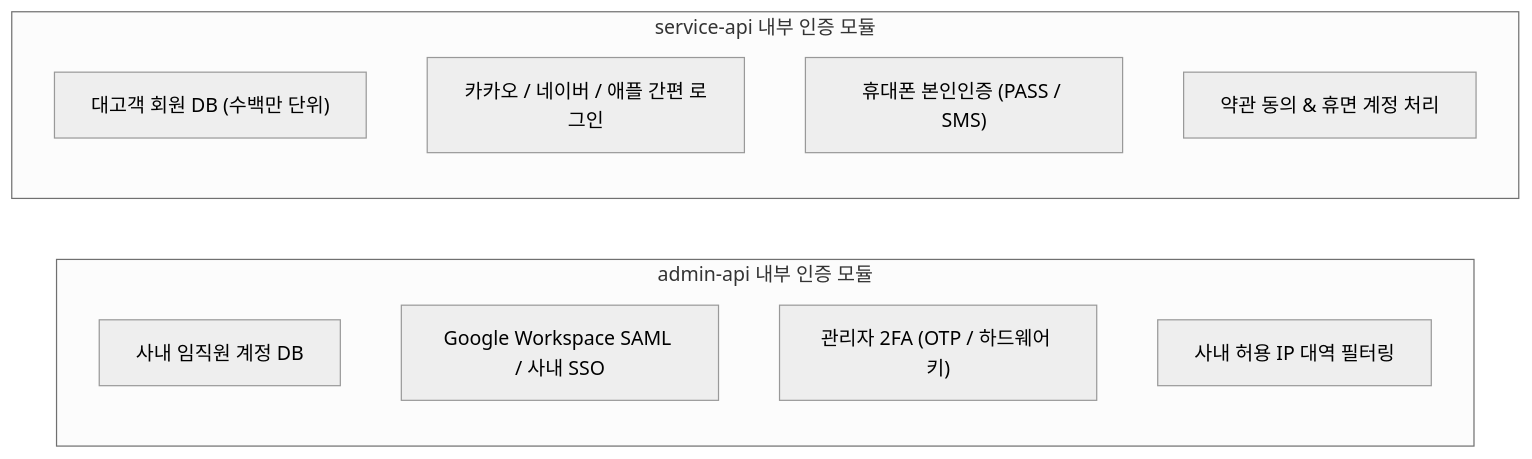
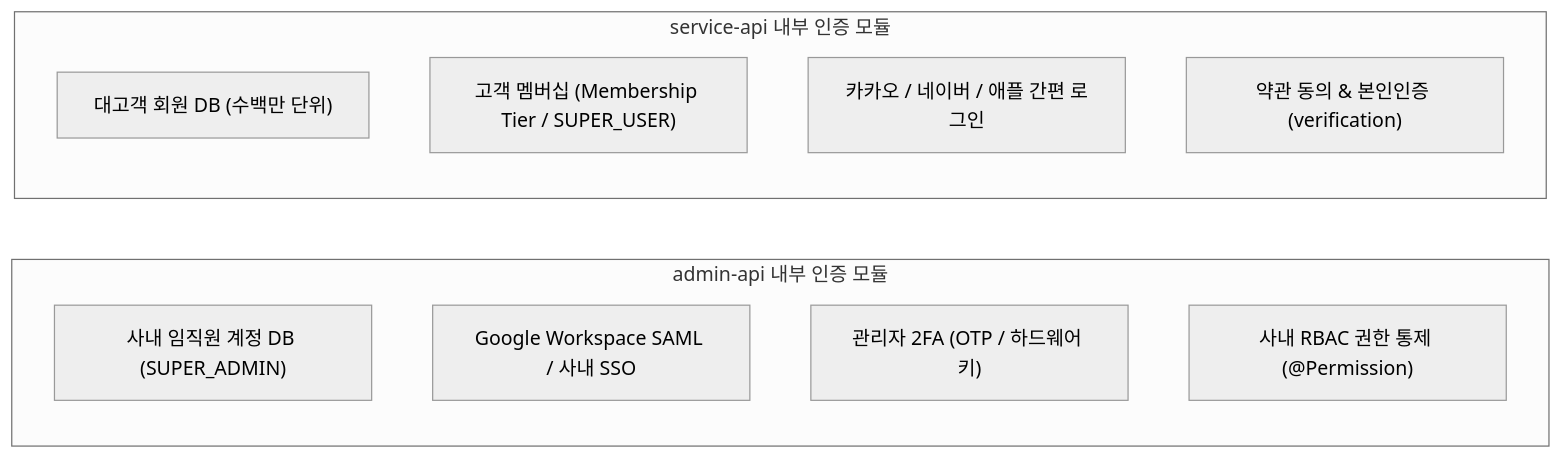
Before and after one commit to JYK0128/web-framework-app: the second of 3 diagrams in docs/independent-auth-m2m-architecture.md, drawn with Mermaid (neutral theme). The commit also changed other lines of this file and 131 other files, not shown here.

````diff
--- a/docs/independent-auth-m2m-architecture.md
+++ b/docs/independent-auth-m2m-architecture.md
@@ -63,16 +61,16 @@
 ```mermaid
 flowchart LR
     subgraph AdminAuth["admin-api 내부 인증 모듈"]
-        A1["사내 임직원 계정 DB"]
+        A1["사내 임직원 계정 DB (SUPER_ADMIN)"]
         A2["Google Workspace SAML / 사내 SSO"]
         A3["관리자 2FA (OTP / 하드웨어 키)"]
-        A4["사내 허용 IP 대역 필터링"]
+        A4["사내 RBAC 권한 통제 (@Permission)"]
     end
 
     subgraph ServiceAuth["service-api 내부 인증 모듈"]
         S1["대고객 회원 DB (수백만 단위)"]
-        S2["카카오 / 네이버 / 애플 간편 로그인"]
-        S3["휴대폰 본인인증 (PASS / SMS)"]
-        S4["약관 동의 & 휴면 계정 처리"]
+        S2["고객 멤버십 (Membership Tier / SUPER_USER)"]
+        S3["카카오 / 네이버 / 애플 간편 로그인"]
+        S4["약관 동의 & 본인인증 (verification)"]
     end
 ```
````
